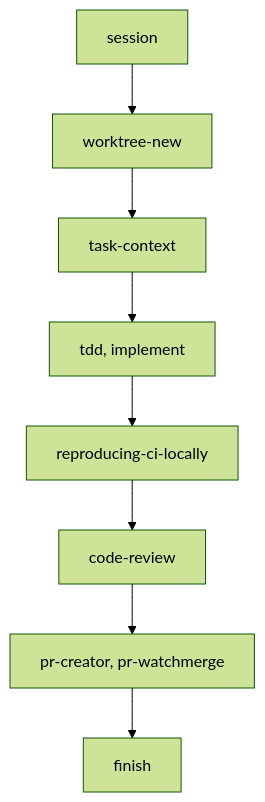
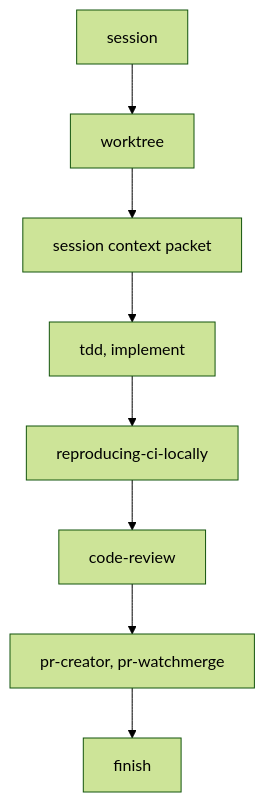
Before and after one commit to FAZuH/agent: diagram 11 of 14 in docs/skill-guide.md, drawn with Mermaid (forest theme). The commit also changed other lines of this file and 1 other file, not shown here.

````diff
--- a/docs/skill-guide.md
+++ b/docs/skill-guide.md
@@ -255,10 +251,10 @@
 ```mermaid
 flowchart TD
-  S[session] --> W[worktree-new]
-  W --> X[task-context]
+  S[session] --> W[worktree]
+  W --> X[session context packet]
   X --> B[tdd, implement]
   B --> V[reproducing-ci-locally]
   V --> R[code-review]
   R --> P[pr-creator, pr-watchmerge]
   P --> F[finish]
 ```
````
